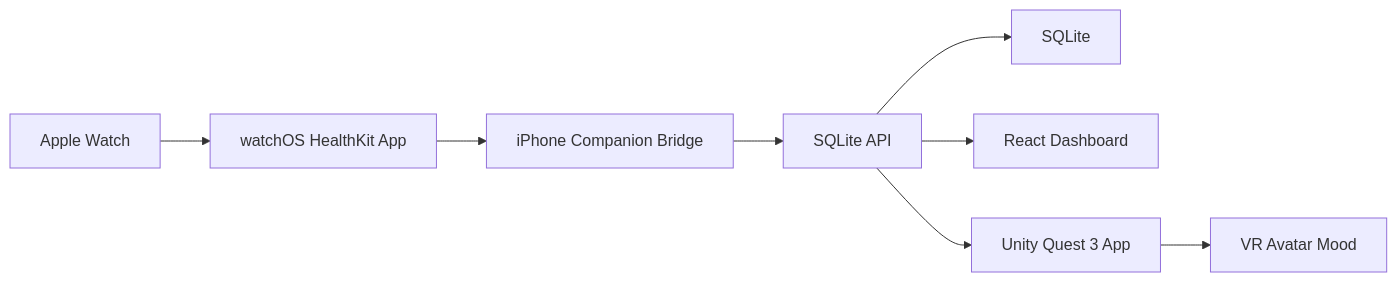
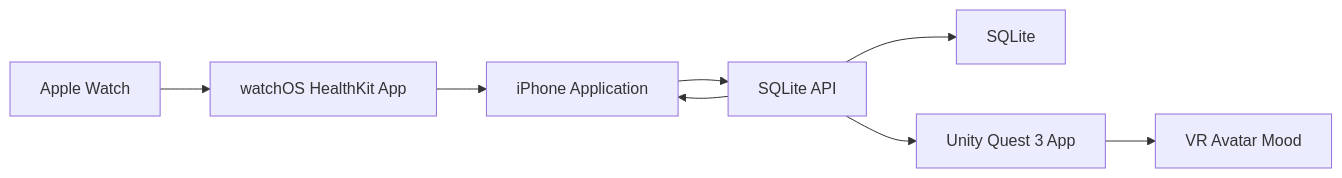
Before and after one commit to mjj5444845/vr-avatar-heartwatch-demo: the diagram in README.md, drawn with Mermaid. The commit also changed other lines of this file and 16 other files, not shown here.

Commit message:
Move live dashboard to iPhone app

````diff
--- a/README.md
+++ b/README.md
@@ -14,10 +16,10 @@
 ```mermaid
 flowchart LR
   Watch["Apple Watch"] --> WatchOS["watchOS HealthKit App"]
-  WatchOS --> iPhone["iPhone Companion Bridge"]
+  WatchOS --> iPhone["iPhone Application"]
   iPhone --> API["SQLite API"]
   API --> DB["SQLite"]
-  API --> Dashboard["React Dashboard"]
+  API --> iPhone
   API --> Unity["Unity Quest 3 App"]
   Unity --> Avatar["VR Avatar Mood"]
 ```
````
